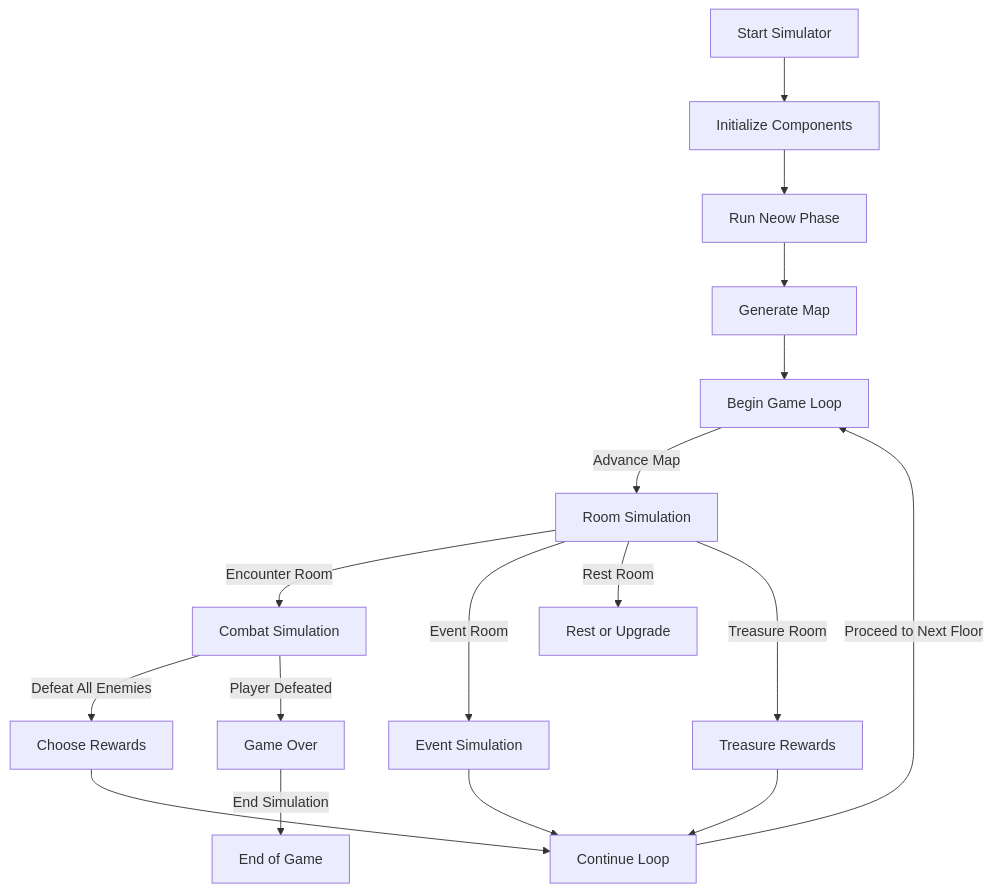
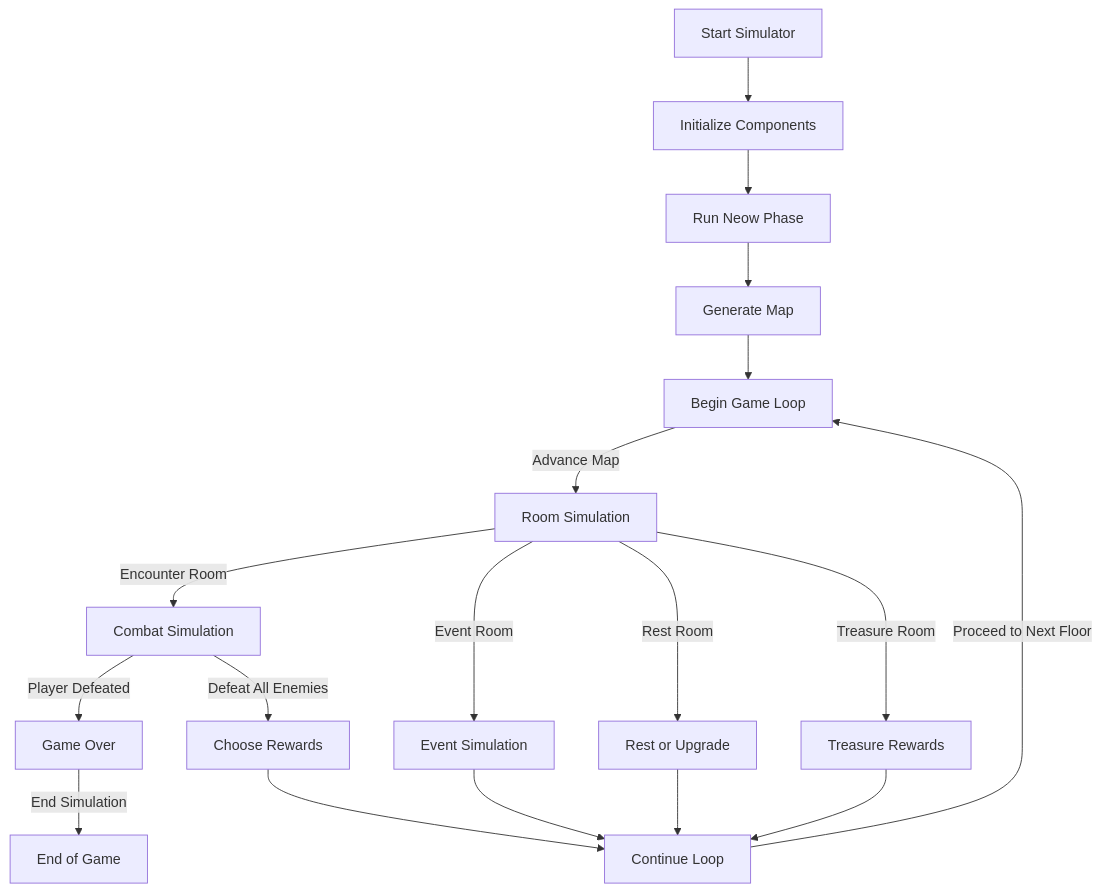
The first of 2 diagrams in README.md (gdurfee0/sts_lightspeed_rust), drawn with Mermaid before and after one commit. The commit also changed other lines of this file, not shown here.

Commit message:
Tidy up diagrams a bit

````diff
--- a/README.md
+++ b/README.md
@@ -5,19 +5,20 @@
 ```mermaid
 graph TD
     A[Start Simulator] --> B[Initialize Components]
     B --> C[Run Neow Phase]
     C --> D[Generate Map]
     D --> E[Begin Game Loop]
     E -->|Advance Map| F[Room Simulation]
     F -->|Encounter Room| G[Combat Simulation]
     F -->|Event Room| H[Event Simulation]
     F -->|Rest Room| I[Rest or Upgrade]
     F -->|Treasure Room| J[Treasure Rewards]
+    G -->|Player Defeated| M[Game Over]
     G -->|Defeat All Enemies| K[Choose Rewards]
     K --> L[Continue Loop]
-    G -->|Player Defeated| M[Game Over]
     H --> L[Continue Loop]
+    I --> L[Continue Loop]
     J --> L[Continue Loop]
     L -->|Proceed to Next Floor| E
     M -->|End Simulation| N[End of Game]
 ```
````
